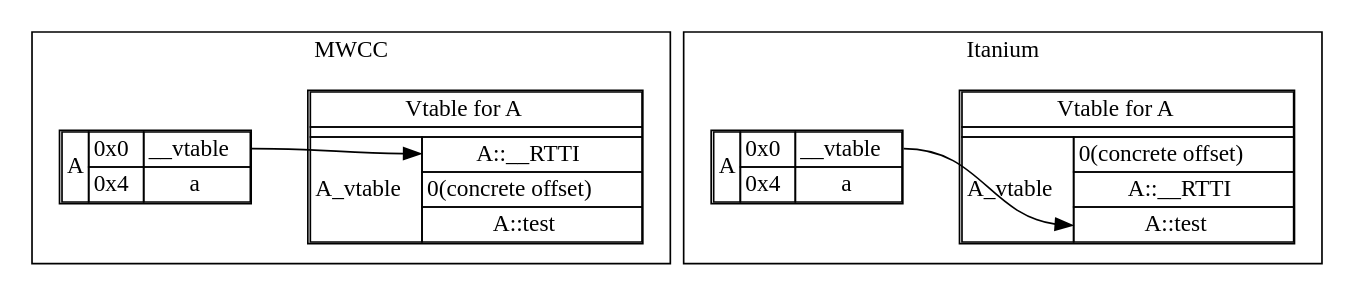
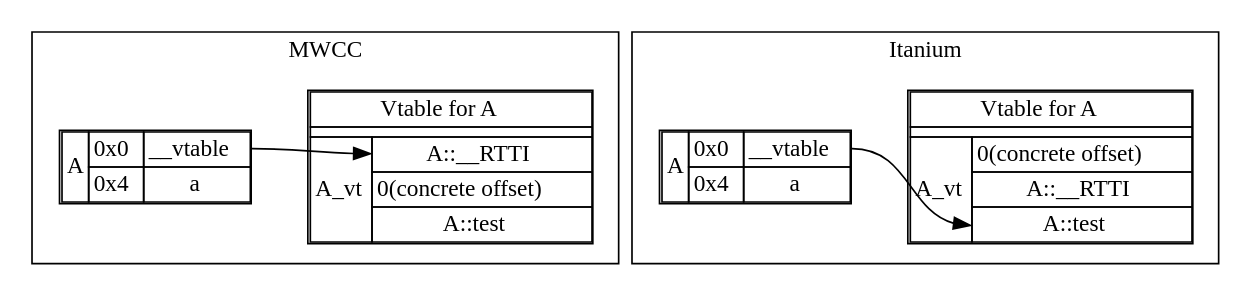
The first of 5 diagrams in docs/vtable_basic.md (SephDB/mwcc-abi), drawn with Graphviz before and after one commit. The commit also changed other lines of this file and 1 other file, not shown here.

Commit message:
md and diagram cleanup

````diff
--- a/docs/vtable_basic.md
+++ b/docs/vtable_basic.md
@@ -15,41 +16,41 @@
 ```dot
 digraph G {
     rankdir=TB;
     node [shape=none];
     
     subgraph cluster_mwcc {
         label="MWCC";
         {rank=same;
         A [label=<<table cellspacing="0">
-            <tr><td rowspan="2">A</td><td>0x0</td><td port="A_vtable">__vtable</td></tr>
+            <tr><td rowspan="2">A</td><td>0x0</td><td port="A_vt">__vtable</td></tr>
             <tr><td>0x4</td><td>a</td></tr>
         </table>>];
         A_vt [label=<<table cellspacing="0">
             <tr><td colspan="2">Vtable for A</td></tr><tr><td colspan="2"></td></tr>
-            <tr><td rowspan="3">A_vtable</td><td port="A_RTTI">A::__RTTI</td></tr>
+            <tr><td rowspan="3">A_vt</td><td port="A_RTTI">A::__RTTI</td></tr>
             <tr><td>0(concrete offset)</td></tr>
             <tr><td port="A_test">A::test</td></tr>
         </table>>];
         }
-        A:A_vtable -> A_vt:A_RTTI:w;
+        A:A_vt -> A_vt:A_RTTI:w;
     }
 
     subgraph cluster_itanium {
         label="Itanium";
         {rank=same
         A2 [label=<<table cellspacing="0">
-            <tr><td rowspan="2">A</td><td>0x0</td><td port="A_vtable">__vtable</td></tr>
+            <tr><td rowspan="2">A</td><td>0x0</td><td port="A_vt">__vtable</td></tr>
             <tr><td>0x4</td><td port="A_test">a</td></tr>
         </table>>];
 
         A_vt2 [label=<<table cellspacing="0">
             <tr><td colspan="2">Vtable for A</td></tr><tr><td colspan="2"></td></tr>
-            <tr><td rowspan="3">A_vtable</td><td>0(concrete offset)</td></tr>
+            <tr><td rowspan="3">A_vt</td><td>0(concrete offset)</td></tr>
             <tr><td port="A_RTTI">A::__RTTI</td></tr>
             <tr><td port="A_start">A::test</td></tr>
         </table>>];
         }
-        A2:A_vtable -> A_vt2:A_start:w;
+        A2:A_vt -> A_vt2:A_start:w;
     }
 }
 ```
````
